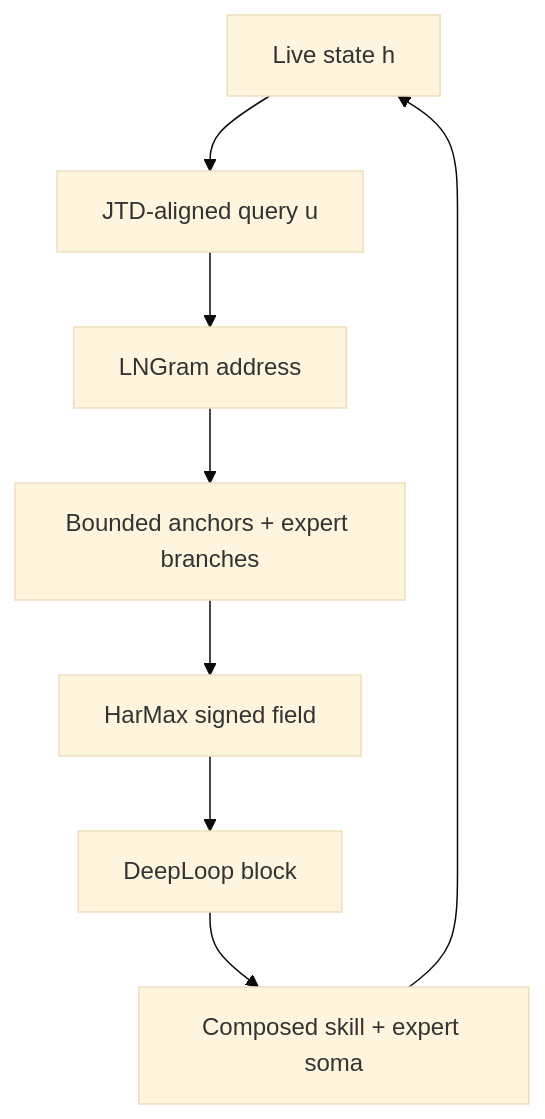
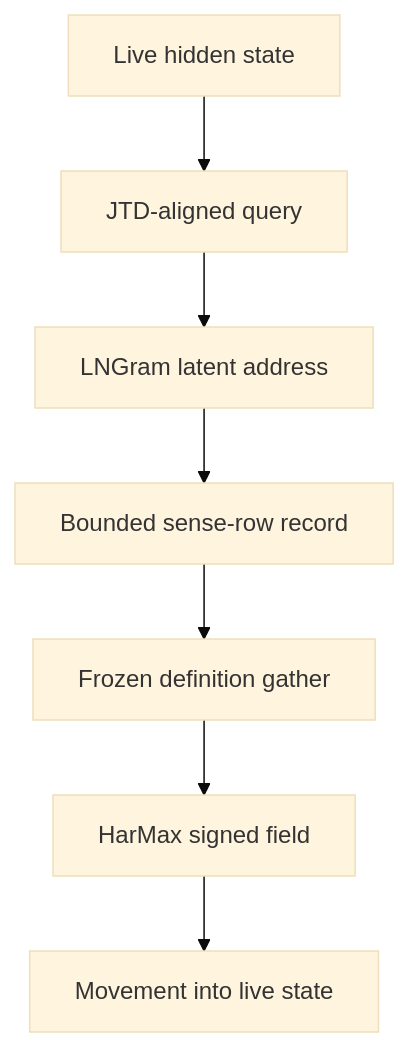
The second of 3 diagrams in README.md (Carson1391/Dendritron-recurrent-engram), drawn with Mermaid (base theme) before and after one commit. The commit also changed other lines of this file, not shown here.

Commit message:
Restore full memory architecture and integrate reasoning

````diff
--- a/README.md
+++ b/README.md
@@ -37,10 +223,9 @@
 ```mermaid
 flowchart TD
-    H[Live state h] --> J[JTD-aligned query u]
-    J --> L[LNGram address]
-    L --> G[Bounded anchors + expert branches]
-    G --> F[HarMax signed field]
-    F --> B[DeepLoop block]
-    B --> S[Composed skill + expert soma]
-    S --> H
+    A[Live hidden state] --> B[JTD-aligned query]
+    B --> C[LNGram latent address]
+    C --> D[Bounded sense-row record]
+    D --> E[Frozen definition gather]
+    E --> F[HarMax signed field]
+    F --> G[Movement into live state]
 ```
````
